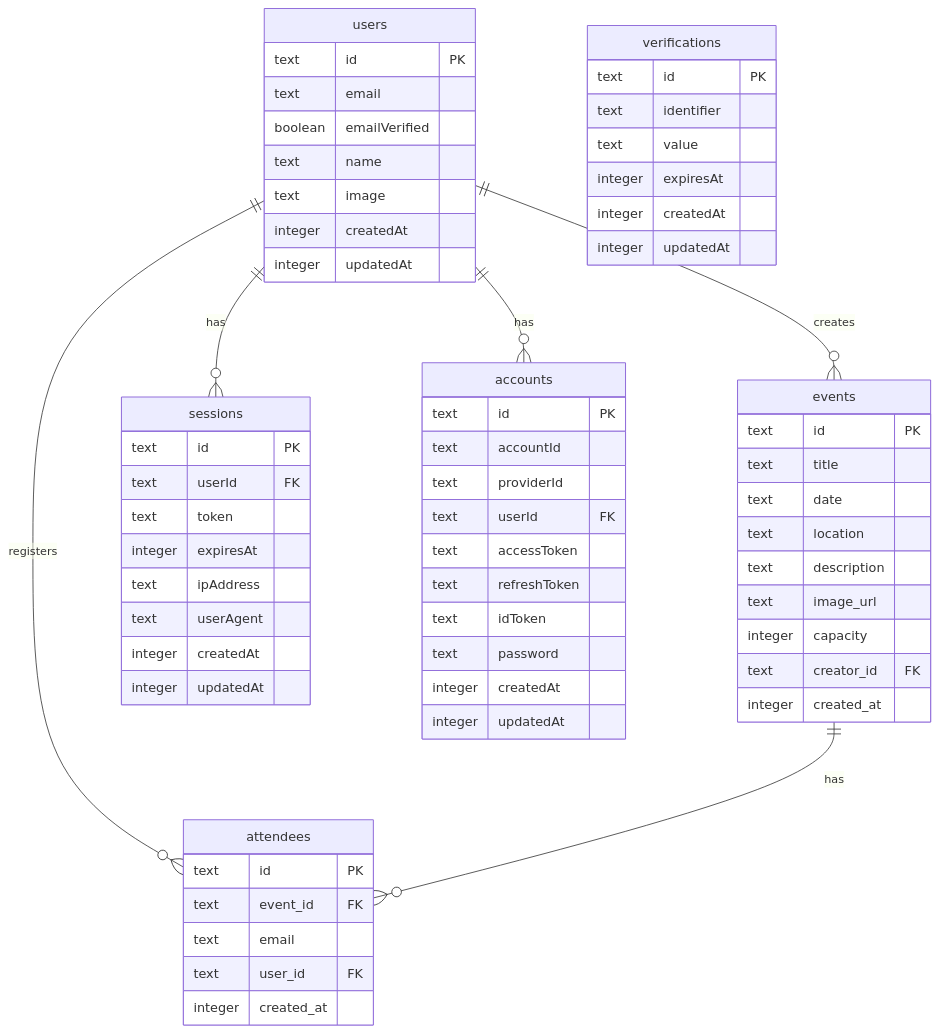
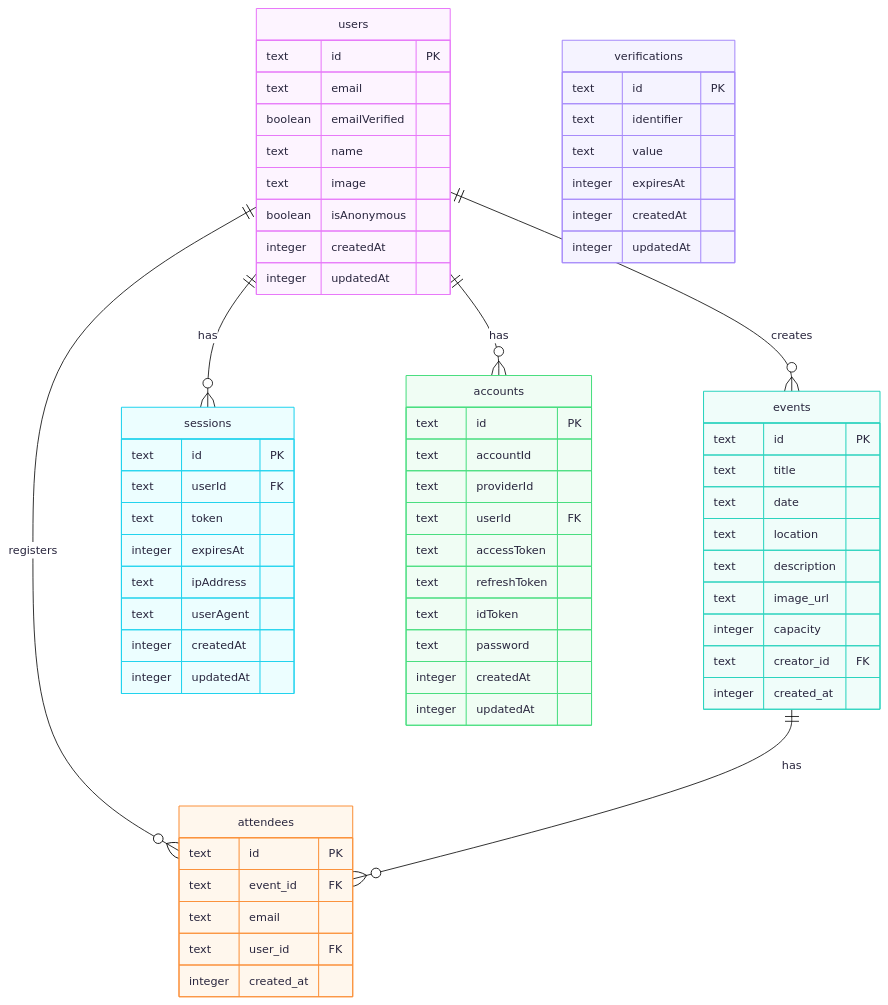
One commit to oumelab/demo-react-event-calendar changed the second of 4 diagrams in README.md. Above: the diagram before and after it, drawn with Mermaid. The commit also changed other lines of this file and 8 other files, not shown here.

````diff
--- a/README.md
+++ b/README.md
@@ -166,71 +167,76 @@
 ```mermaid
+---
+config:
+  theme: redux-color
+---
 erDiagram
     users {
         text id PK
         text email
         boolean emailVerified
         text name
         text image
+        boolean isAnonymous
         integer createdAt
         integer updatedAt
     }
 
     events {
         text id PK
         text title
         text date
         text location
         text description
         text image_url
         integer capacity
         text creator_id FK
         integer created_at
     }
 
     attendees {
         text id PK
         text event_id FK
         text email
         text user_id FK
         integer created_at
     }
 
     sessions {
         text id PK
         text userId FK
         text token
         integer expiresAt
         text ipAddress
         text userAgent
         integer createdAt
         integer updatedAt
     }
 
     accounts {
         text id PK
         text accountId
         text providerId
         text userId FK
         text accessToken
         text refreshToken
         text idToken
         text password
         integer createdAt
         integer updatedAt
     }
 
     verifications {
         text id PK
         text identifier
         text value
         integer expiresAt
         integer createdAt
         integer updatedAt
     }
 
     users ||--o{ events : creates
     users ||--o{ attendees : registers
     users ||--o{ sessions : has
     users ||--o{ accounts : has
     events ||--o{ attendees : has
 ```
````
